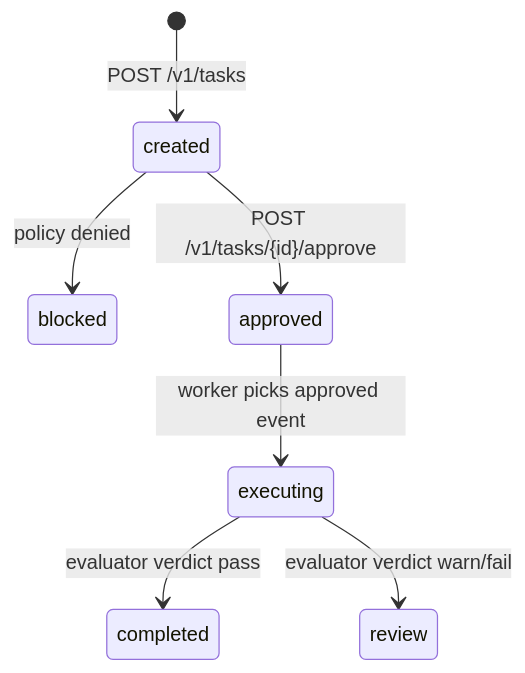
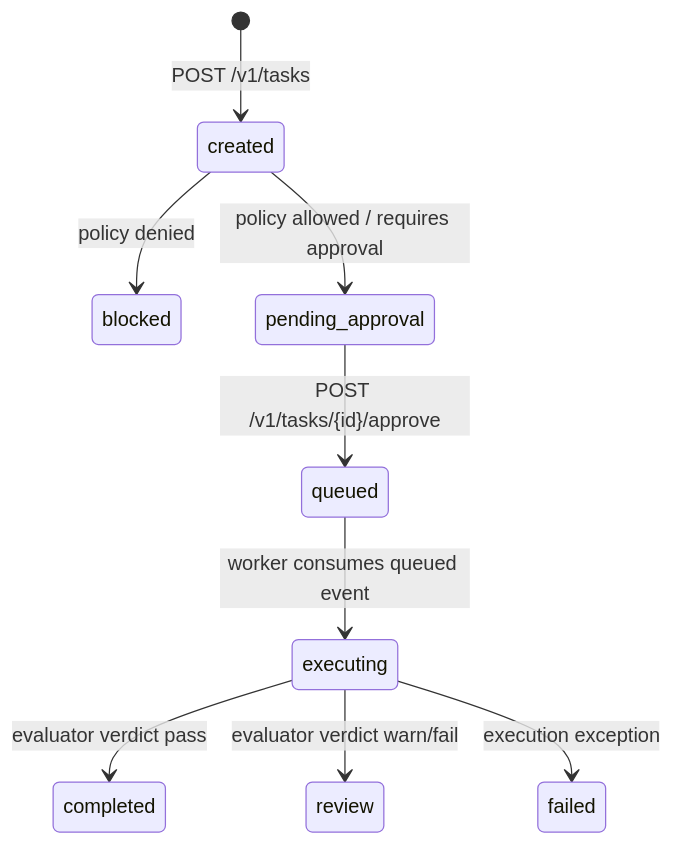
Before and after one commit to leo459028/BrowserAgent: the second of 3 diagrams in DOCS/ARCHITECTURE.md, drawn with Mermaid. The commit also changed other lines of this file and 28 other files, not shown here.

Commit message:
Refactor browser agent workflow and UI flow

````diff
--- a/DOCS/ARCHITECTURE.md
+++ b/DOCS/ARCHITECTURE.md
@@ -48,9 +46,11 @@
 ```mermaid
 stateDiagram-v2
     [*] --> created: POST /v1/tasks
     created --> blocked: policy denied
-    created --> approved: POST /v1/tasks/{id}/approve
-    approved --> executing: worker picks approved event
+    created --> pending_approval: policy allowed / requires approval
+    pending_approval --> queued: POST /v1/tasks/{id}/approve
+    queued --> executing: worker consumes queued event
     executing --> completed: evaluator verdict pass
     executing --> review: evaluator verdict warn/fail
+    executing --> failed: execution exception
 ```
````
